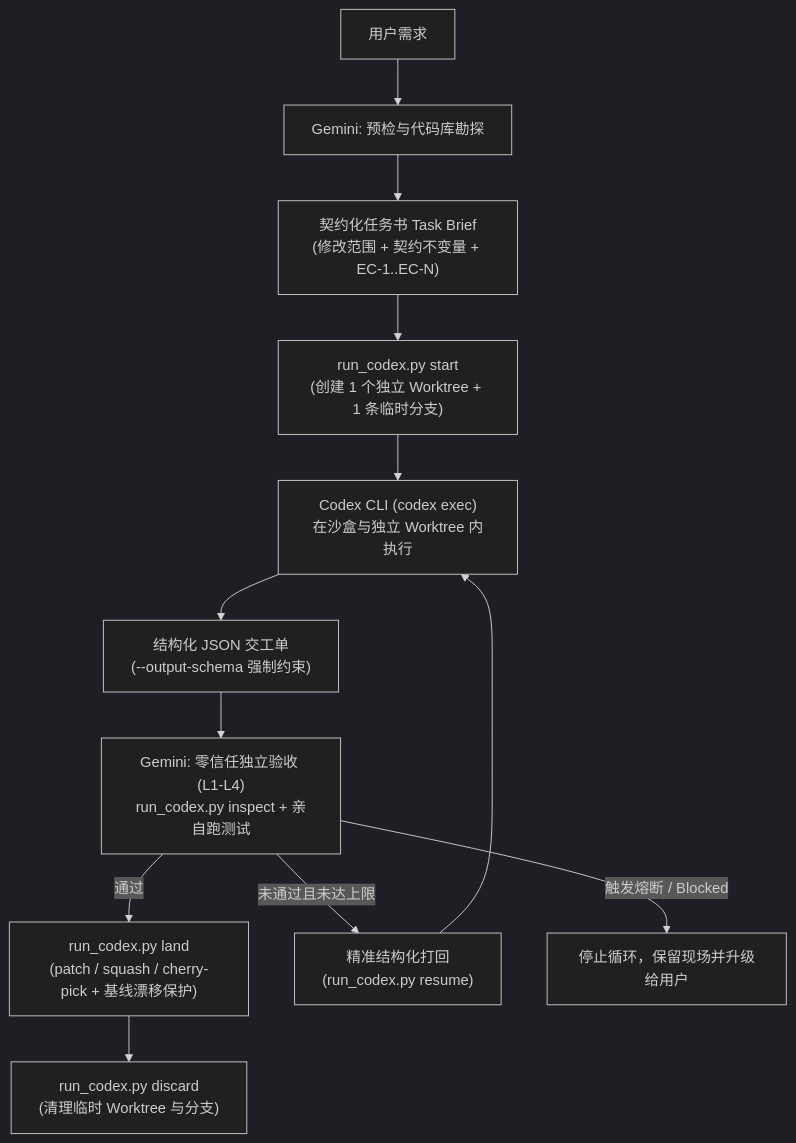
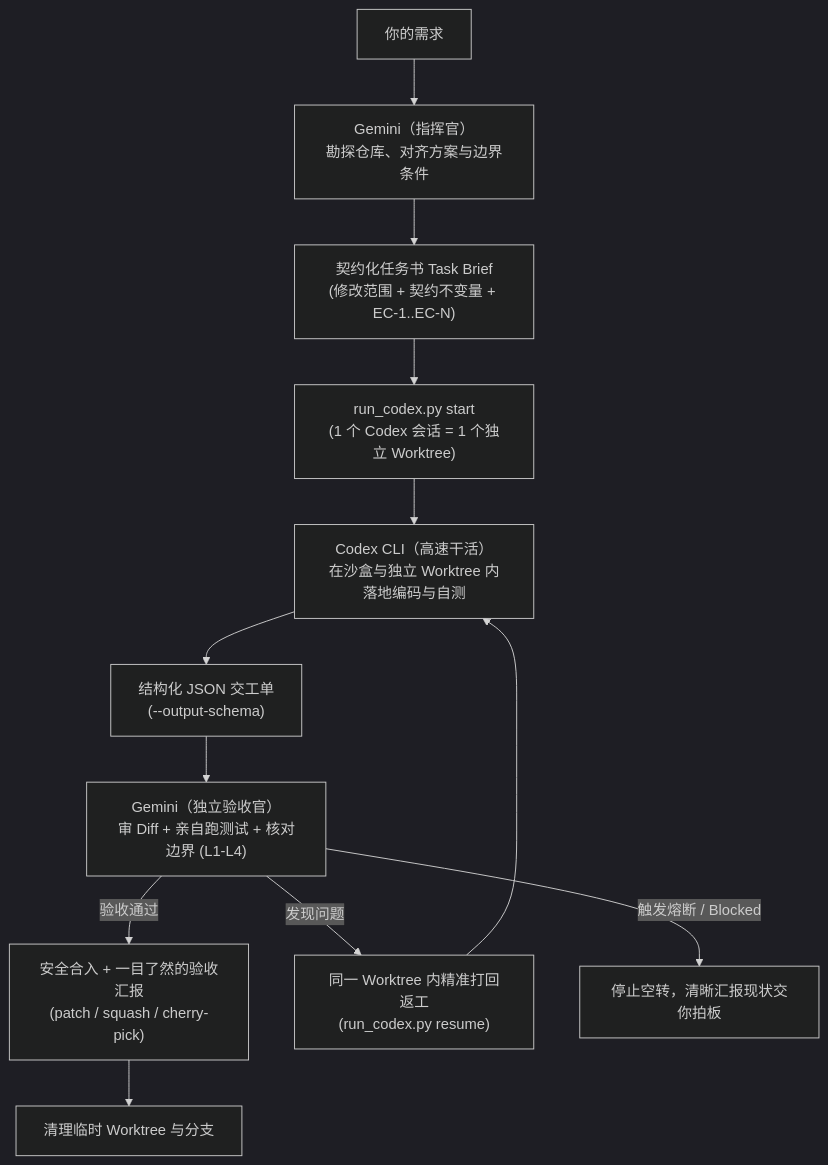
The diagram in README_ZH.md (riverLaugh/castor-pollux), drawn with Mermaid (dark theme) before and after one commit. The commit also changed other lines of this file and 2 other files, not shown here.

Commit message:
docs: sharpen About and README positioning around Gemini leads, Codex ships

````diff
--- a/README_ZH.md
+++ b/README_ZH.md
@@ -37,14 +40,14 @@
 ```mermaid
 flowchart TD
-    U[用户需求] --> G1[Gemini: 预检与代码库勘探]
+    U[你的需求] --> G1["Gemini（指挥官）<br/>勘探仓库、对齐方案与边界条件"]
     G1 --> B["契约化任务书 Task Brief<br/>(修改范围 + 契约不变量 + EC-1..EC-N)"]
-    B --> S["run_codex.py start<br/>(创建 1 个独立 Worktree + 1 条临时分支)"]
-    S --> C["Codex CLI (codex exec)<br/>在沙盒与独立 Worktree 内执行"]
-    C --> R["结构化 JSON 交工单<br/>(--output-schema 强制约束)"]
-    R --> V["Gemini: 零信任独立验收 (L1-L4)<br/>run_codex.py inspect + 亲自跑测试"]
-    V -->|通过| L["run_codex.py land<br/>(patch / squash / cherry-pick + 基线漂移保护)"]
-    L --> D["run_codex.py discard<br/>(清理临时 Worktree 与分支)"]
-    V -->|未通过且未达上限| FB["精准结构化打回<br/>(run_codex.py resume)"]
+    B --> S["run_codex.py start<br/>(1 个 Codex 会话 = 1 个独立 Worktree)"]
+    S --> C["Codex CLI（高速干活）<br/>在沙盒与独立 Worktree 内落地编码与自测"]
+    C --> R["结构化 JSON 交工单<br/>(--output-schema)"]
+    R --> V["Gemini（独立验收官）<br/>审 Diff + 亲自跑测试 + 核对边界 (L1-L4)"]
+    V -->|验收通过| L["安全合入 + 一目了然的验收汇报<br/>(patch / squash / cherry-pick)"]
+    L --> D["清理临时 Worktree 与分支"]
+    V -->|发现问题| FB["同一 Worktree 内精准打回返工<br/>(run_codex.py resume)"]
     FB --> C
-    V -->|触发熔断 / Blocked| ESC[停止循环，保留现场并升级给用户]
+    V -->|触发熔断 / Blocked| ESC["停止空转，清晰汇报现状交你拍板"]
 ```
````
